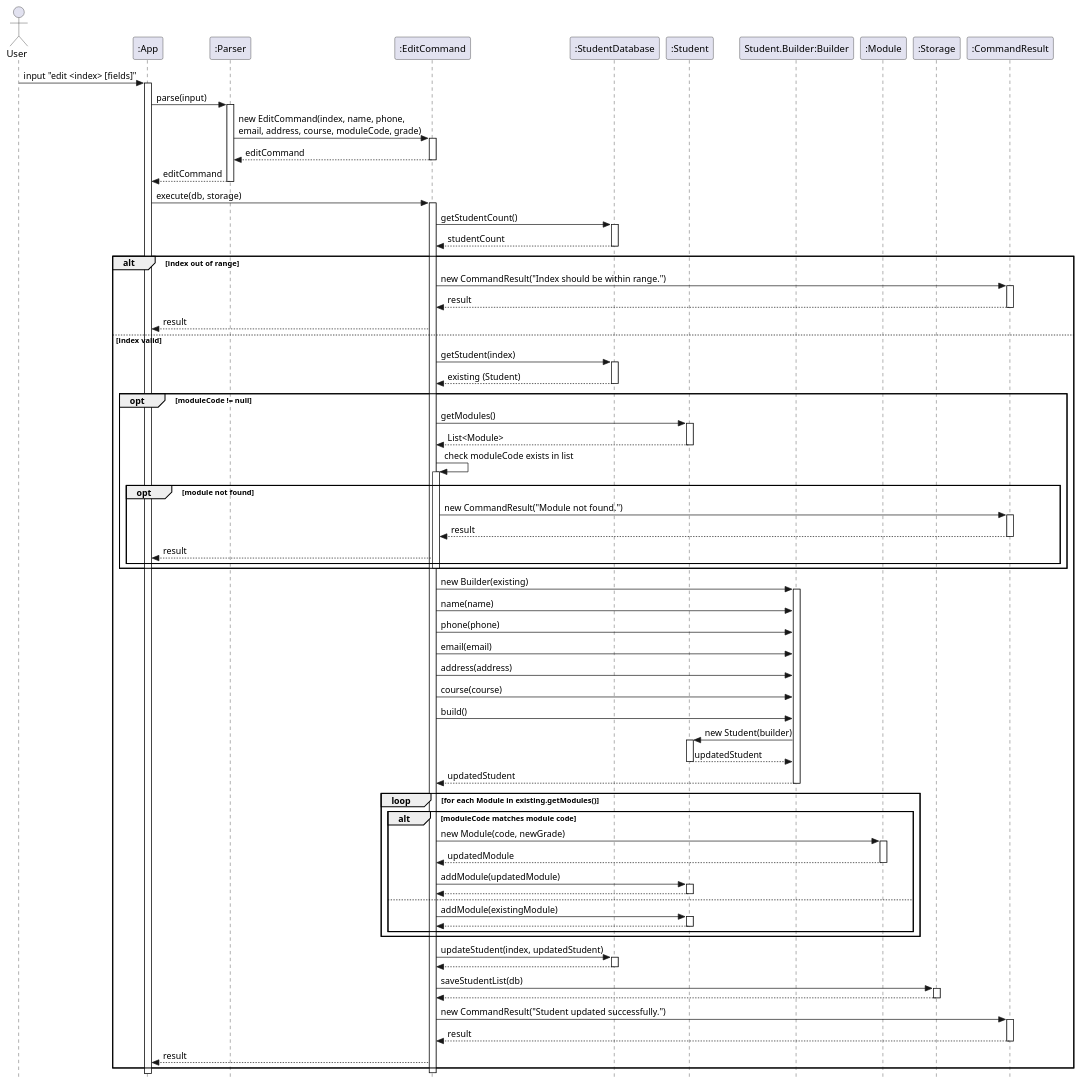
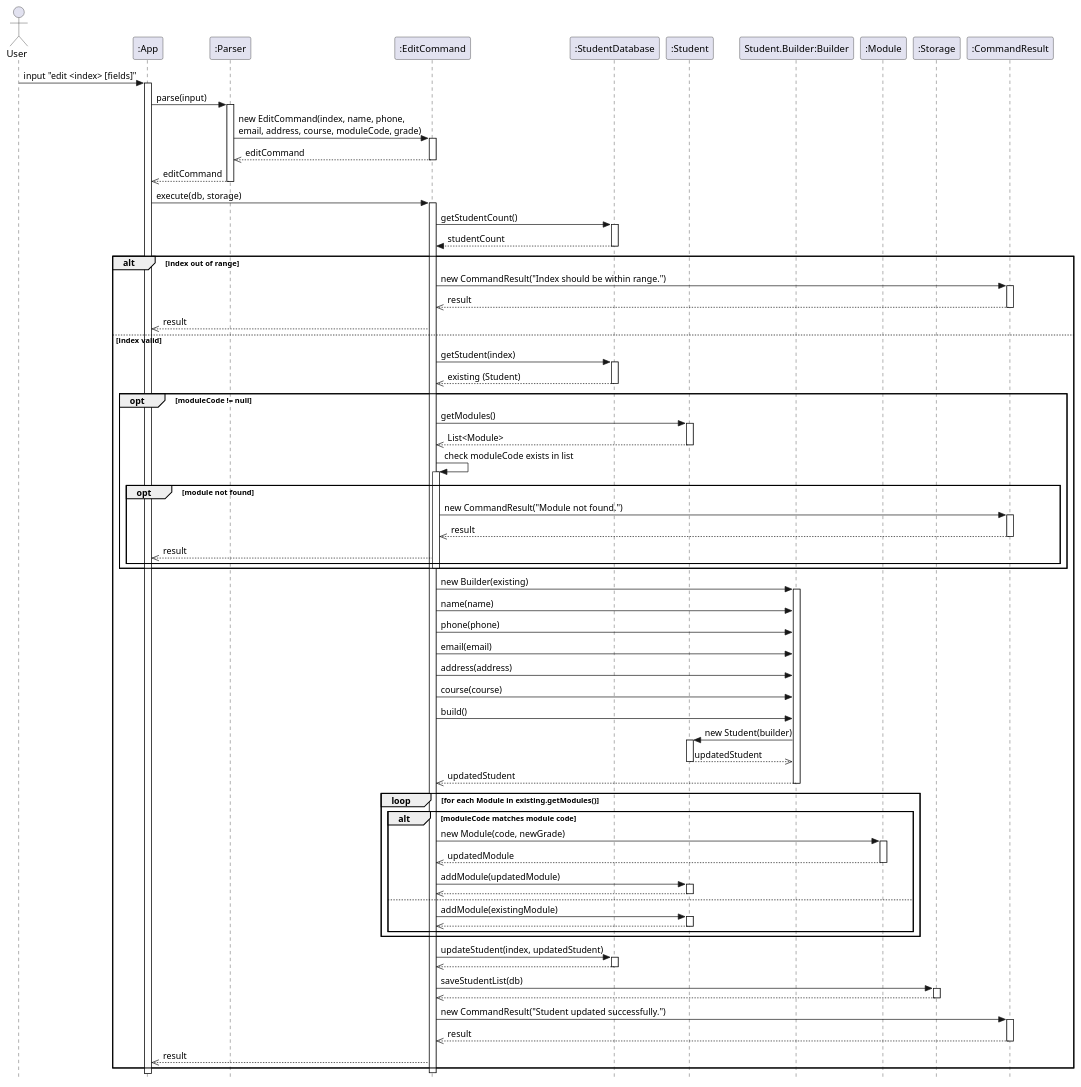
Before and after one commit to AgaraNUS/tp: the diagram in docs/diagrams/EditCommandSD.puml, drawn with PlantUML. The commit also changed 14 other files, not shown here.

```diff
--- a/docs/diagrams/EditCommandSD.puml
+++ b/docs/diagrams/EditCommandSD.puml
@@ -1,128 +1,128 @@
 @startuml EditCommand_Sequence
 
 skinparam style strictuml
 
 actor User
 participant ":App" as App
 participant ":Parser" as Parser
 participant ":EditCommand" as EditCommand
 participant ":StudentDatabase" as StudentDatabase
 participant ":Student" as Student
 participant "Student.Builder:Builder" as StudentBuilder
 participant ":Module" as Module
 participant ":Storage" as Storage
 participant ":CommandResult" as CommandResult
 
 User -> App : input "edit <index> [fields]"
 activate App
 
 App -> Parser : parse(input)
 activate Parser
 
 Parser -> EditCommand : new EditCommand(index, name, phone,\nemail, address, course, moduleCode, grade)
 activate EditCommand
-EditCommand --> Parser : editCommand
+EditCommand -->> Parser : editCommand
 deactivate EditCommand
 
-Parser --> App : editCommand
+Parser -->> App : editCommand
 deactivate Parser
 
 App -> EditCommand : execute(db, storage)
 activate EditCommand
 
 EditCommand -> StudentDatabase : getStudentCount()
 activate StudentDatabase
 StudentDatabase --> EditCommand : studentCount
 deactivate StudentDatabase
 
 alt index out of range
   EditCommand -> CommandResult : new CommandResult("Index should be within range.")
   activate CommandResult
-  CommandResult --> EditCommand : result
+  CommandResult -->> EditCommand : result
   deactivate CommandResult
 
-  EditCommand --> App : result
+  EditCommand -->> App : result
 else index valid
   EditCommand -> StudentDatabase : getStudent(index)
   activate StudentDatabase
-  StudentDatabase --> EditCommand : existing (Student)
+  StudentDatabase -->> EditCommand : existing (Student)
   deactivate StudentDatabase
 
 
 
   opt moduleCode != null
     EditCommand -> Student : getModules()
     activate Student
-    Student --> EditCommand : List<Module>
+    Student -->> EditCommand : List<Module>
     deactivate Student
 
     EditCommand -> EditCommand : check moduleCode exists in list
     activate EditCommand
 
     opt module not found
       EditCommand -> CommandResult : new CommandResult("Module not found.")
       activate CommandResult
-      CommandResult --> EditCommand : result
+      CommandResult -->> EditCommand : result
       deactivate CommandResult
 
-      EditCommand --> App : result
+      EditCommand -->> App : result
     end
     deactivate EditCommand
   end
 
   EditCommand -> StudentBuilder : new Builder(existing)
   activate StudentBuilder
 
   EditCommand -> StudentBuilder : name(name)
   EditCommand -> StudentBuilder : phone(phone)
   EditCommand -> StudentBuilder : email(email)
   EditCommand -> StudentBuilder : address(address)
   EditCommand -> StudentBuilder : course(course)
   EditCommand -> StudentBuilder : build()
 
   StudentBuilder -> Student : new Student(builder)
   activate Student
-  Student --> StudentBuilder : updatedStudent
+  Student -->> StudentBuilder : updatedStudent
   deactivate Student
 
-  StudentBuilder --> EditCommand : updatedStudent
+  StudentBuilder -->> EditCommand : updatedStudent
   deactivate StudentBuilder
 
   loop for each Module in existing.getModules()
     alt moduleCode matches module code
       EditCommand -> Module : new Module(code, newGrade)
       activate Module
-      Module --> EditCommand : updatedModule
+      Module -->> EditCommand : updatedModule
       deactivate Module
 
       EditCommand -> Student : addModule(updatedModule)
       activate Student
-      Student --> EditCommand
+      Student -->> EditCommand
       deactivate Student
     else
       EditCommand -> Student : addModule(existingModule)
       activate Student
-      Student --> EditCommand
+      Student -->> EditCommand
       deactivate Student
     end
   end
 
   EditCommand -> StudentDatabase : updateStudent(index, updatedStudent)
   activate StudentDatabase
-  StudentDatabase --> EditCommand
+  StudentDatabase -->> EditCommand
   deactivate StudentDatabase
 
   EditCommand -> Storage : saveStudentList(db)
   activate Storage
-  Storage --> EditCommand
+  Storage -->> EditCommand
   deactivate Storage
 
   EditCommand -> CommandResult : new CommandResult("Student updated successfully.")
   activate CommandResult
-  CommandResult --> EditCommand : result
+  CommandResult -->> EditCommand : result
   deactivate CommandResult
 
-  EditCommand --> App : result
+  EditCommand -->> App : result
 end
 deactivate EditCommand
 @enduml
```
